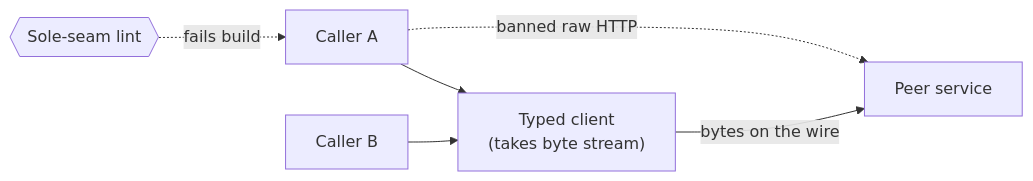
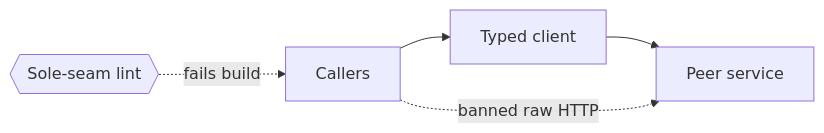
Before and after one commit to davisjam/agent-governance-mechanisms: the diagram in book/appendix-fills/product/service-client.md, drawn with Mermaid. The commit also changed other lines of this file and 21 other files, not shown here.

````diff
--- a/book/appendix-fills/product/service-client.md
+++ b/book/appendix-fills/product/service-client.md
@@ -36,8 +36,7 @@
 ```mermaid
 flowchart LR
-  C1[Caller A] --> SC
-  C2[Caller B] --> SC
-  SC["Typed client<br/>(takes byte stream)"] -->|bytes on the wire| Peer[Peer service]
-  C1 -. banned raw HTTP .-> Peer
-  L{{Sole-seam lint}} -. fails build .-> C1
+  Callers[Callers] --> SC[Typed client]
+  SC --> Peer[Peer service]
+  Callers -. banned raw HTTP .-> Peer
+  L{{Sole-seam lint}} -. fails build .-> Callers
 ```
````
